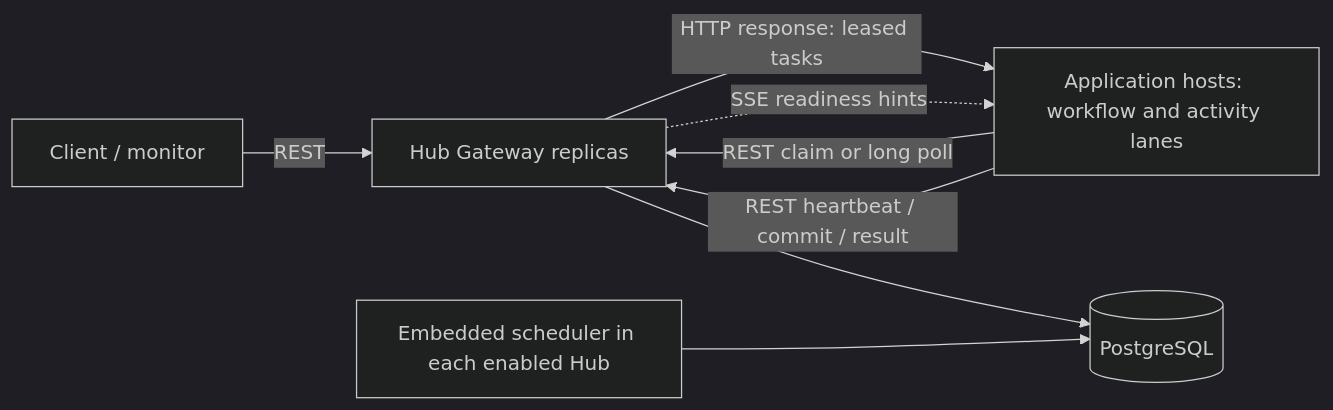
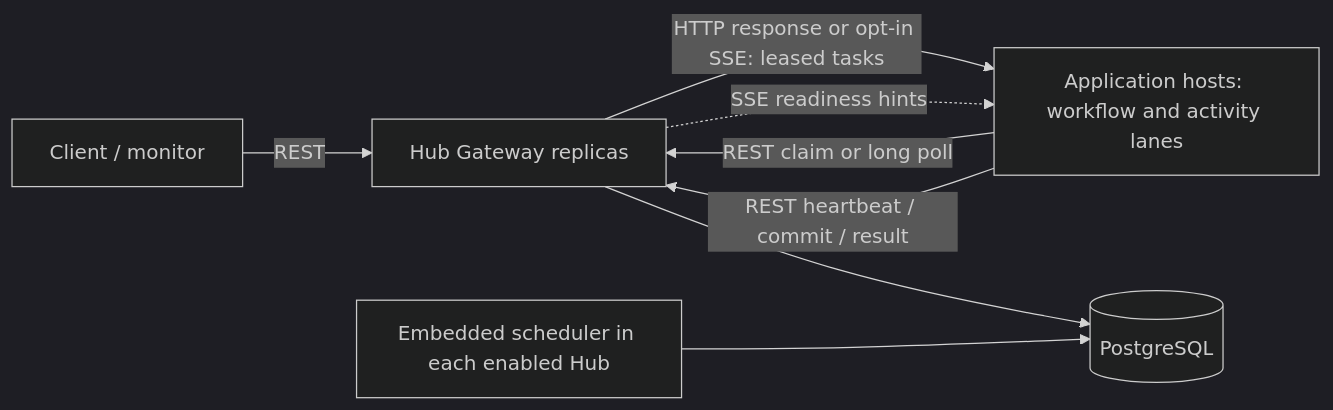
One commit to thanhhaictld/workflow-core changed the diagram in scaling/docs/current-runtime.md. Above: the diagram before and after it, drawn with Mermaid (dark theme). The commit also changed other lines of this file and 26 other files, not shown here.

````diff
--- a/scaling/docs/current-runtime.md
+++ b/scaling/docs/current-runtime.md
@@ -22,10 +22,10 @@
 ```mermaid
 flowchart LR
     C[Client / monitor] -->|REST| G[Hub Gateway replicas]
     W[Application hosts: workflow and activity lanes] -->|REST claim or long poll| G
-    G -->|HTTP response: leased tasks| W
+    G -->|HTTP response or opt-in SSE: leased tasks| W
     G -. SSE readiness hints .-> W
     W -->|REST heartbeat / commit / result| G
     G --> P[(PostgreSQL)]
     S[Embedded scheduler in each enabled Hub] --> P
 ```
````
